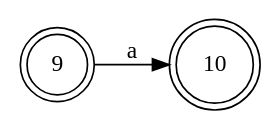
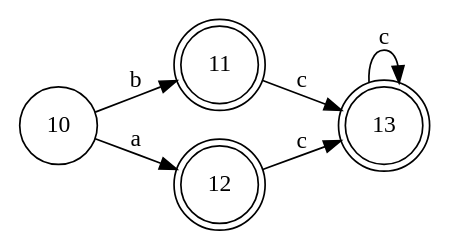
The diagram in test-output/automata1.gv (bryannalfaro/Dise-odeLenguajes), drawn with Graphviz before and after one commit. The commit also changed 4 other files, not shown here.

```diff
--- a/test-output/automata1.gv
+++ b/test-output/automata1.gv
@@ -1,6 +1,12 @@
 digraph automata1 {
 	rankdir=LR
-	9 [label=9 shape=doublecircle]
-	10 [label=10 shape=doublecircle]
-	9 -> 10 [label=a]
+	10 [label=10 shape=circle]
+	11 [label=11 shape=doublecircle]
+	12 [label=12 shape=doublecircle]
+	13 [label=13 shape=doublecircle]
+	10 -> 11 [label=b]
+	10 -> 12 [label=a]
+	11 -> 13 [label=c]
+	12 -> 13 [label=c]
+	13 -> 13 [label=c]
 }
```
